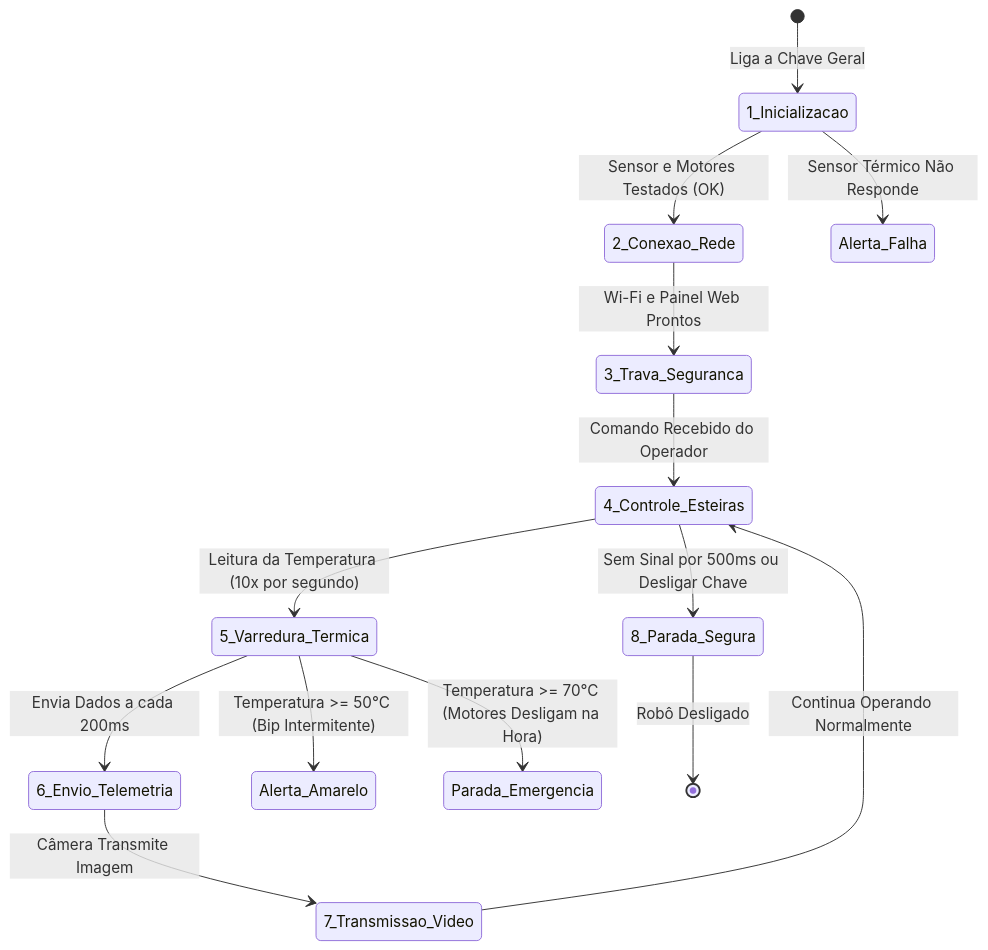
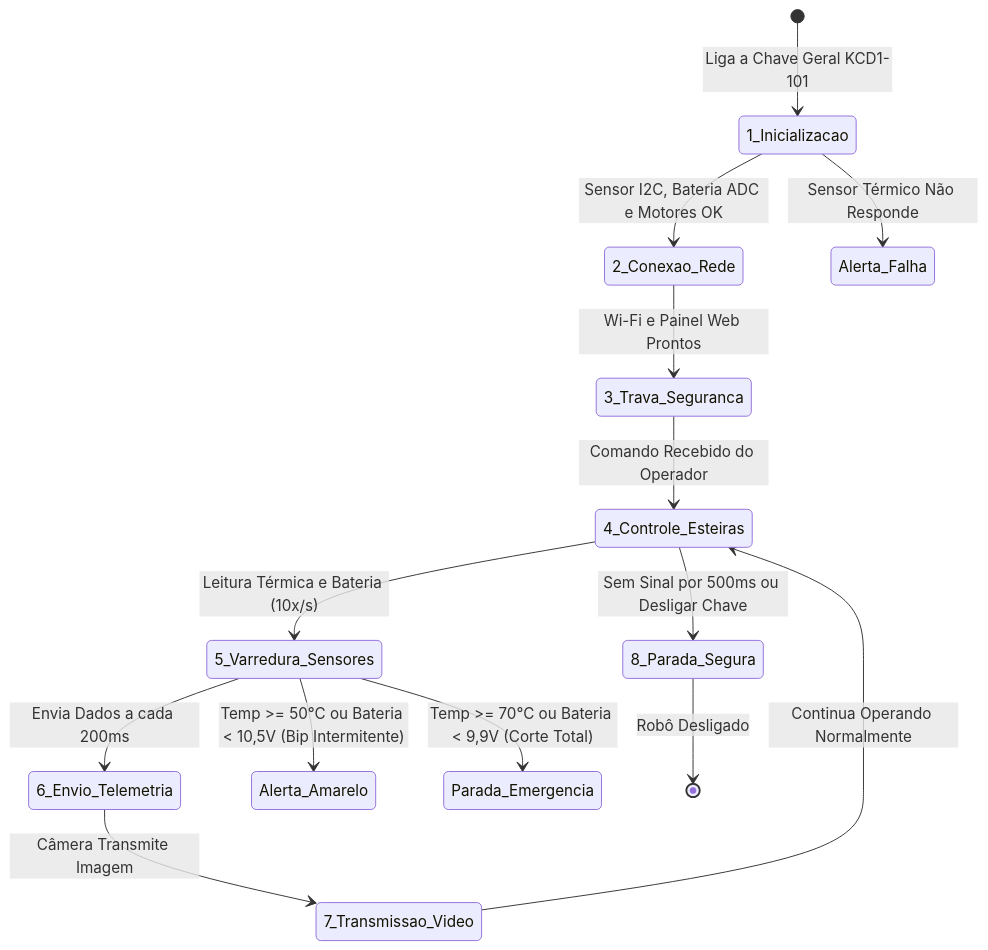
The diagram in docs/04_pipeline_operacao.md (TacioMoreira25/robo-inspetor), drawn with Mermaid before and after one commit. The commit also changed other lines of this file and 9 other files, not shown here.

````diff
--- a/docs/04_pipeline_operacao.md
+++ b/docs/04_pipeline_operacao.md
@@ -51,16 +52,16 @@
 ```mermaid
 stateDiagram-v2
-    [*] --> 1_Inicializacao: Liga a Chave Geral
-    1_Inicializacao --> 2_Conexao_Rede: Sensor e Motores Testados (OK)
+    [*] --> 1_Inicializacao: Liga a Chave Geral KCD1-101
+    1_Inicializacao --> 2_Conexao_Rede: Sensor I2C, Bateria ADC e Motores OK
     1_Inicializacao --> Alerta_Falha: Sensor Térmico Não Responde
     2_Conexao_Rede --> 3_Trava_Seguranca: Wi-Fi e Painel Web Prontos
     3_Trava_Seguranca --> 4_Controle_Esteiras: Comando Recebido do Operador
-    4_Controle_Esteiras --> 5_Varredura_Termica: Leitura da Temperatura (10x por segundo)
-    5_Varredura_Termica --> 6_Envio_Telemetria: Envia Dados a cada 200ms
-    5_Varredura_Termica --> Alerta_Amarelo: Temperatura >= 50°C (Bip Intermitente)
-    5_Varredura_Termica --> Parada_Emergencia: Temperatura >= 70°C (Motores Desligam na Hora)
+    4_Controle_Esteiras --> 5_Varredura_Sensores: Leitura Térmica e Bateria (10x/s)
+    5_Varredura_Sensores --> 6_Envio_Telemetria: Envia Dados a cada 200ms
+    5_Varredura_Sensores --> Alerta_Amarelo: Temp >= 50°C ou Bateria < 10,5V (Bip Intermitente)
+    5_Varredura_Sensores --> Parada_Emergencia: Temp >= 70°C ou Bateria < 9,9V (Corte Total)
     6_Envio_Telemetria --> 7_Transmissao_Video: Câmera Transmite Imagem
     7_Transmissao_Video --> 4_Controle_Esteiras: Continua Operando Normalmente
     4_Controle_Esteiras --> 8_Parada_Segura: Sem Sinal por 500ms ou Desligar Chave
     8_Parada_Segura --> [*]: Robô Desligado
 ```
````
